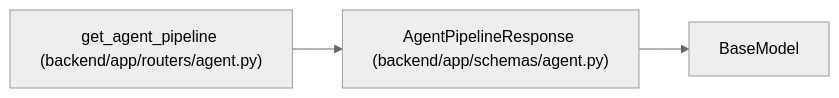
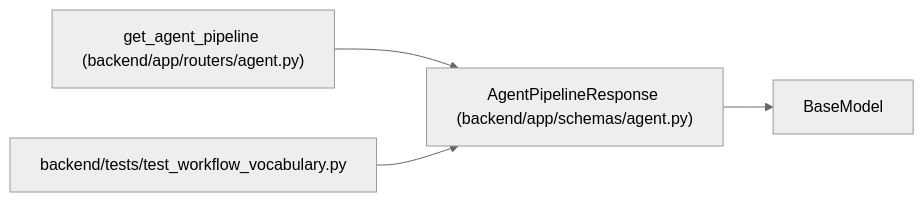
One commit to Denissvgn/WorkChord changed the diagram in docs/llm_wiki/entities/AgentPipelineResponse.md. Above: the diagram before and after it, drawn with Mermaid (neutral theme). The commit also changed other lines of this file and 846 other files, not shown here.

````diff
--- a/docs/llm_wiki/entities/AgentPipelineResponse.md
+++ b/docs/llm_wiki/entities/AgentPipelineResponse.md
@@ -32,10 +33,13 @@
 ```mermaid
 flowchart LR
     n0["AgentPipelineResponse (backend/app/schemas/agent.py)"]
     n1["BaseModel"]
     n2["get_agent_pipeline (backend/app/routers/agent.py)"]
+    n3["backend/tests/test_workflow_vocabulary.py"]
     n0 --> n1
     n2 --> n0
+    n3 --> n0
     click n0 "../modules/schemas_agent.md"
     click n2 "../modules/routers_agent.md"
+    click n3 "../modules/test_workflow_vocabulary.md"
 ```
````
